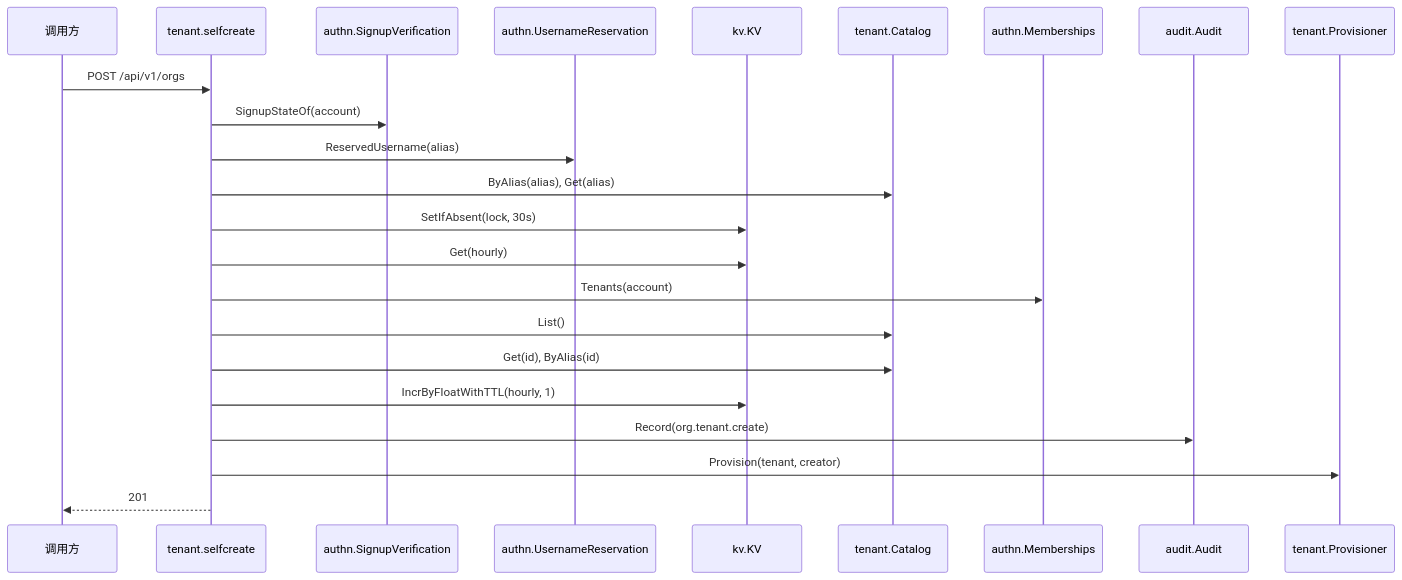
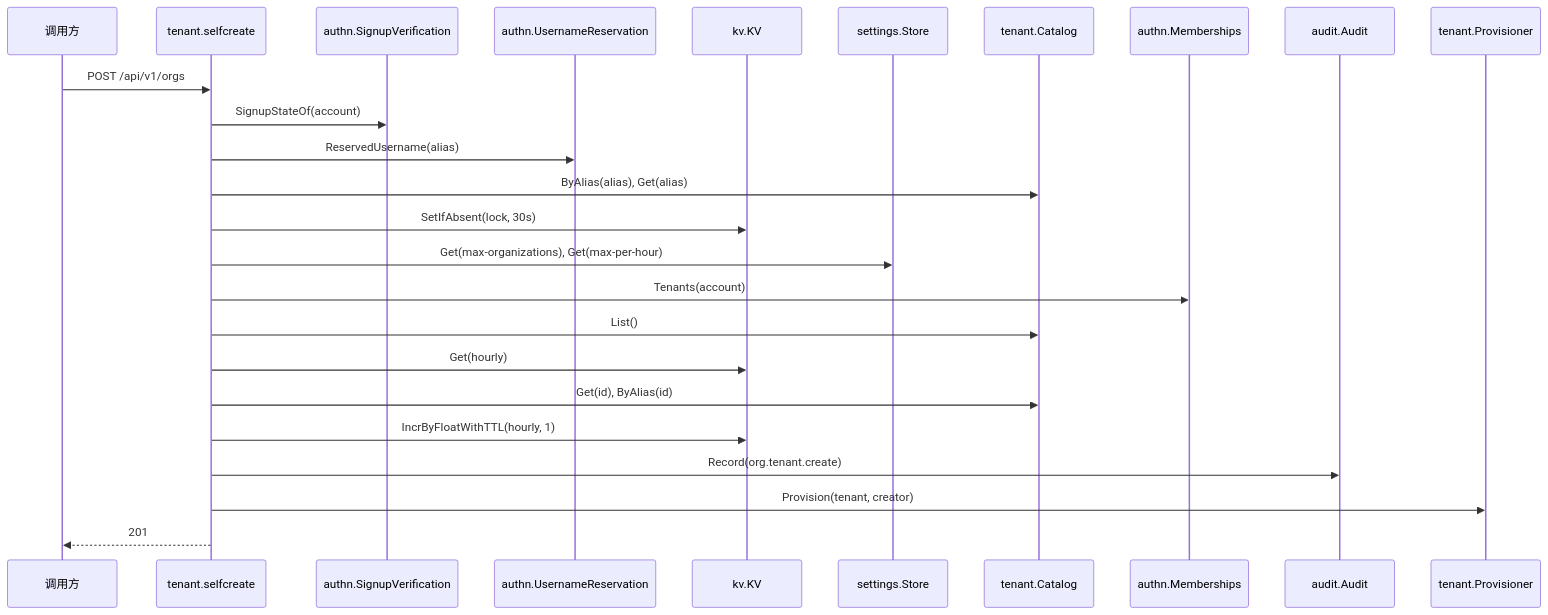
The second of 2 diagrams in docs/design/modules/tenant/design-tenant-selfcreate.md (wangzw/speed), drawn with Mermaid before and after one commit.

Commit message:
docs(tenant): order the creation diagram by the code
The sequence diagram read the hourly count before the organization
count and never showed the two runtime limits, which the handler reads
after taking the lock. The diagram now follows the handler: the limits,
then the memberships and roster reads, then the hourly count, then
identifier generation, counting, audit and the provisioner. The
verification participant is named after its module rather than by an
initial.

````diff
--- a/docs/design/modules/tenant/design-tenant-selfcreate.md
+++ b/docs/design/modules/tenant/design-tenant-selfcreate.md
@@ -104,26 +104,28 @@
 ```mermaid
 sequenceDiagram
   participant C as 调用方
   participant S as tenant.selfcreate
-  participant V as authn.SignupVerification
+  participant signup as authn.SignupVerification
   participant R as authn.UsernameReservation
   participant K as kv.KV
+  participant settings as settings.Store
   participant T as tenant.Catalog
   participant M as authn.Memberships
   participant A as audit.Audit
   participant P as tenant.Provisioner
 
   C->>S: POST /api/v1/orgs
-  S->>V: SignupStateOf(account)
+  S->>signup: SignupStateOf(account)
   S->>R: ReservedUsername(alias)
   S->>T: ByAlias(alias), Get(alias)
   S->>K: SetIfAbsent(lock, 30s)
-  S->>K: Get(hourly)
+  S->>settings: Get(max-organizations), Get(max-per-hour)
   S->>M: Tenants(account)
   S->>T: List()
+  S->>K: Get(hourly)
   S->>T: Get(id), ByAlias(id)
   S->>K: IncrByFloatWithTTL(hourly, 1)
   S->>A: Record(org.tenant.create)
   S->>P: Provision(tenant, creator)
   S-->>C: 201
 ```
````
